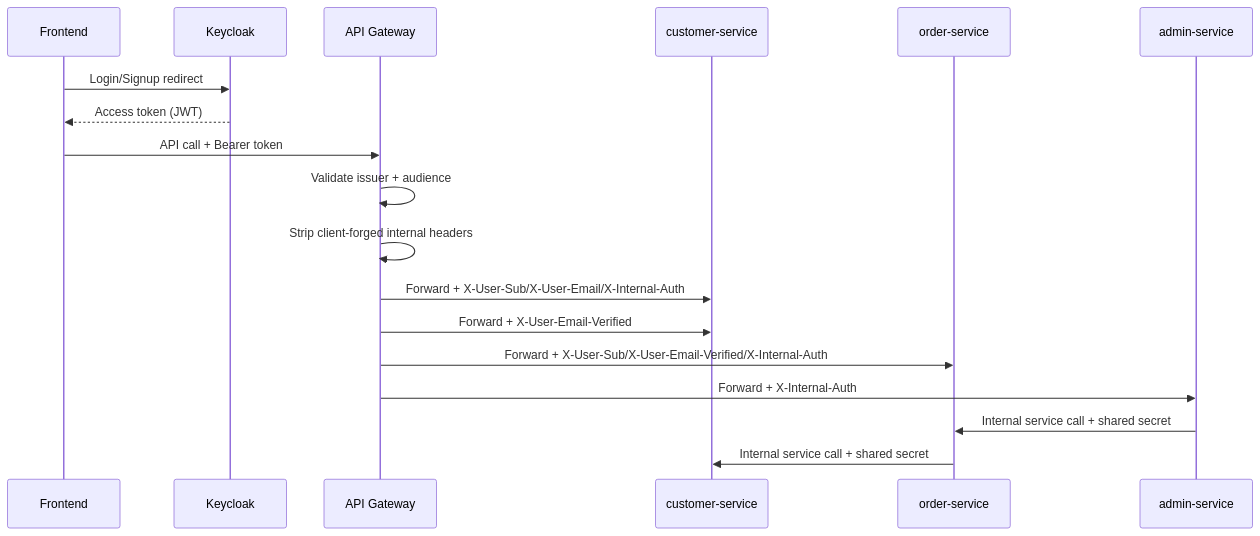
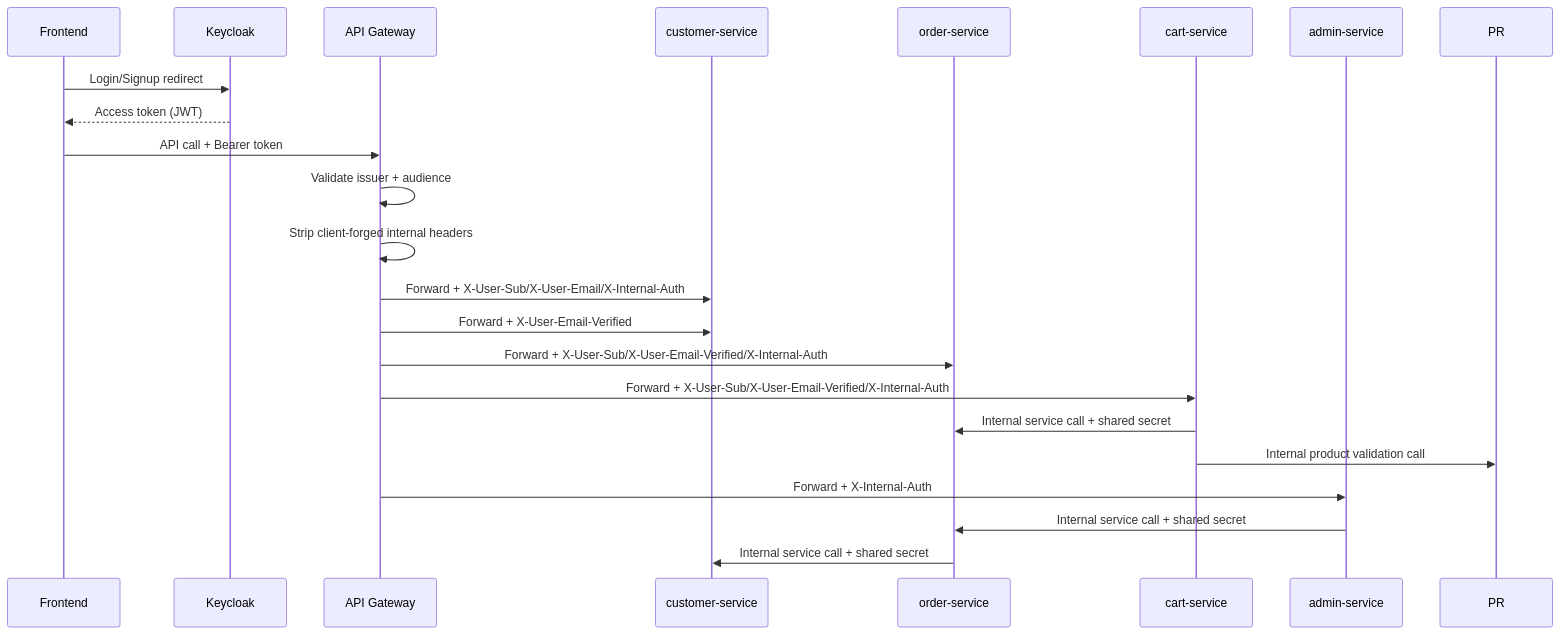
Before and after one commit to rumalg123/SpringBoot-Microservice: the second of 2 diagrams in README.md, drawn with Mermaid. The commit also changed other lines of this file and 58 other files, not shown here.

Commit message:
Added cart service

````diff
--- a/README.md
+++ b/README.md
@@ -186,21 +216,25 @@
 ```mermaid
 sequenceDiagram
     participant UI as Frontend
     participant KC as Keycloak
     participant GW as API Gateway
     participant CS as customer-service
     participant OS as order-service
+    participant CART as cart-service
     participant ADS as admin-service
 
     UI->>KC: Login/Signup redirect
     KC-->>UI: Access token (JWT)
     UI->>GW: API call + Bearer token
     GW->>GW: Validate issuer + audience
     GW->>GW: Strip client-forged internal headers
     GW->>CS: Forward + X-User-Sub/X-User-Email/X-Internal-Auth
     GW->>CS: Forward + X-User-Email-Verified
     GW->>OS: Forward + X-User-Sub/X-User-Email-Verified/X-Internal-Auth
+    GW->>CART: Forward + X-User-Sub/X-User-Email-Verified/X-Internal-Auth
+    CART->>OS: Internal service call + shared secret
+    CART->>PR: Internal product validation call
     GW->>ADS: Forward + X-Internal-Auth
     ADS->>OS: Internal service call + shared secret
     OS->>CS: Internal service call + shared secret
 ```
````
